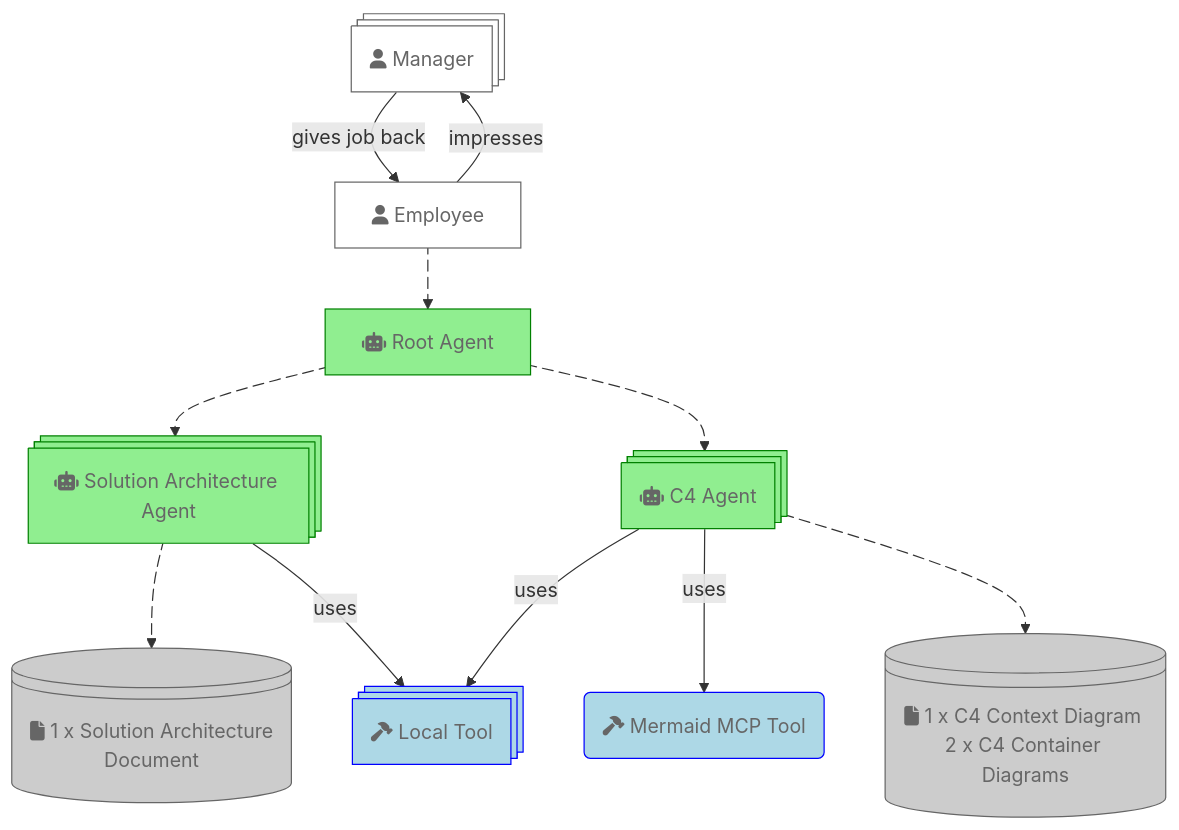
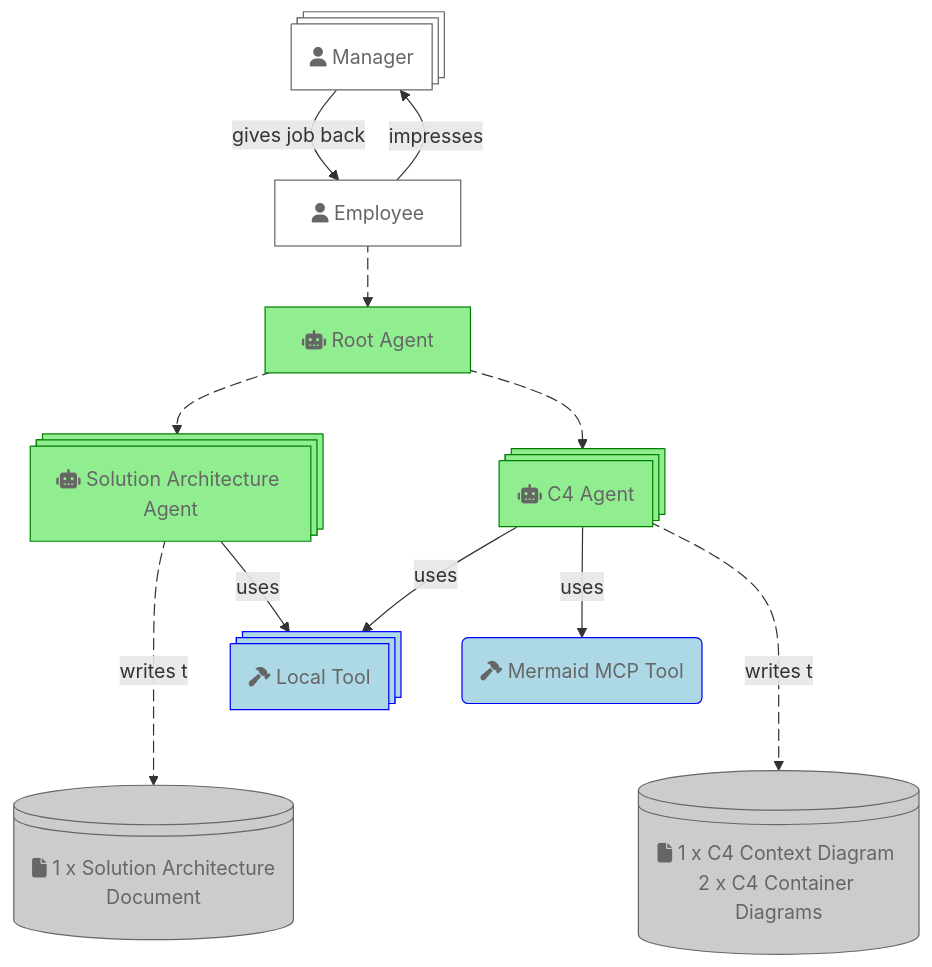
Before and after one commit to choonchernlim/keep-my-job-app: the diagram in README.md, drawn with Mermaid.

Commit message:
Update architecture diagram in README.md to enhance clarity and detail

````diff
--- a/README.md
+++ b/README.md
@@ -20,34 +20,34 @@
 ```mermaid
 flowchart TD
     B:::userClass@{ shape: processes, label: "fa:fa-user Manager" }
     U["fa:fa-user Employee"]:::userClass
     AR["fa:fa-robot Root Agent"]:::agentClass
     AS:::agentClass@{ shape: processes, label: "fa:fa-robot Solution Architecture Agent" }
     AC:::agentClass@{ shape: processes, label: "fa:fa-robot C4 Agent" }
     DM:::artifactClass@{ shape: lin-cyl, label: "fa:fa-file 1 x Solution Architecture\nDocument" }
     DD:::artifactClass@{ shape: lin-cyl, label: "fa:fa-file 1 x C4 Context Diagram \n 2 x C4 Container Diagrams" }
     TL:::toolClass@{ shape: processes, label: "fa:fa-hammer Local Tool" }
     TM("fa:fa-hammer Mermaid MCP Tool"):::toolClass
 
     U--impresses-->B
     B--gives job back-->U
     U e0@-->AR
     AR e1@--> AS
     AR e2@--> AC
-    AS e3@--> DM
+    AS e3@--writes to--> DM
     AS --uses--> TL
     AC --uses--> TL
     AC --uses--> TM
-    AC e4@--> DD
+    AC e4@--writes to--> DD
 
     e0@{ animate: true }
     e1@{ animate: true }
     e2@{ animate: true }
     e3@{ animate: true }
     e4@{ animate: true }
 
     classDef userClass fill:#FFFFFF,stroke:#666666,color:#666666
     classDef toolClass fill:lightblue,stroke:blue,color:#666666
     classDef agentClass fill:lightgreen,stroke:green,color:#666666
     classDef artifactClass fill:#CCCCCC,stroke:#666666,color:#666666
 ```
````
